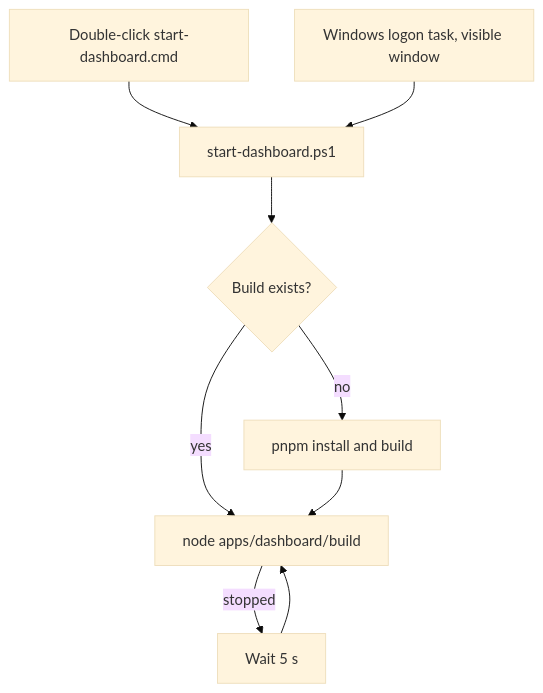
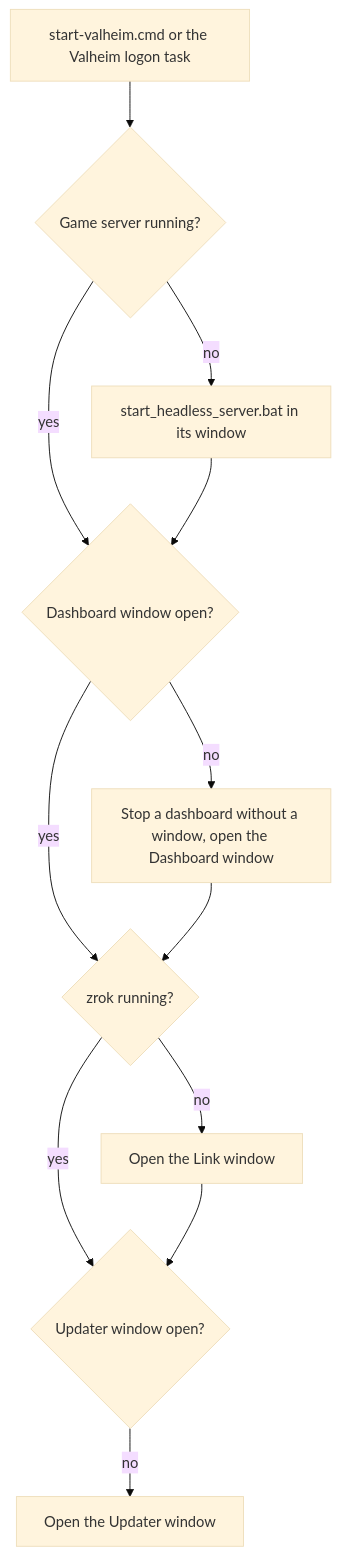
One commit to cristiadu/valheim-dashboard changed diagram 19 of 21 in docs/architecture.md. Above: the diagram before and after it, drawn with Mermaid (base theme). The commit also changed other lines of this file and 12 other files, not shown here.

Commit message:
One start script for the game server, the dashboard, the link and the updater (#102)

````diff
--- a/docs/architecture.md
+++ b/docs/architecture.md
@@ -404,10 +407,14 @@
 ```mermaid
 flowchart TD
-  click[Double-click start-dashboard.cmd] --> ps[start-dashboard.ps1]
-  task[Windows logon task, visible window] --> ps
-  ps --> built{Build exists?}
-  built -->|no| build[pnpm install and build]
-  built -->|yes| run[node apps/dashboard/build]
-  build --> run
-  run -->|stopped| wait[Wait 5 s] --> run
+  start[start-valheim.cmd or the Valheim logon task] --> server{Game server running?}
+  server -->|no| s[start_headless_server.bat in its window]
+  server -->|yes| dash
+  s --> dash{Dashboard window open?}
+  dash -->|no| d[Stop a dashboard without a window, open the Dashboard window]
+  dash -->|yes| link
+  d --> link{zrok running?}
+  link -->|no| l[Open the Link window]
+  link -->|yes| upd
+  l --> upd{Updater window open?}
+  upd -->|no| u[Open the Updater window]
 ```
````
